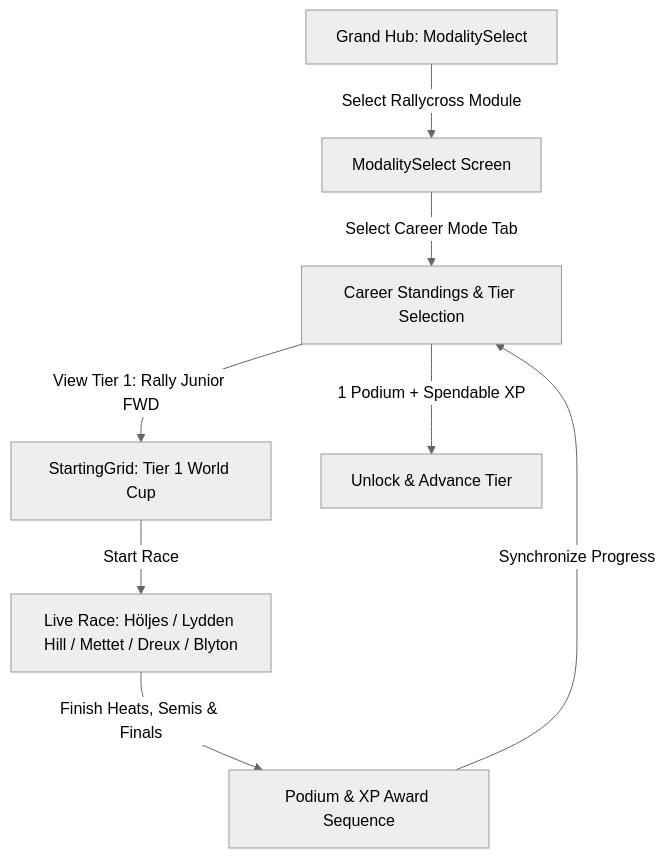
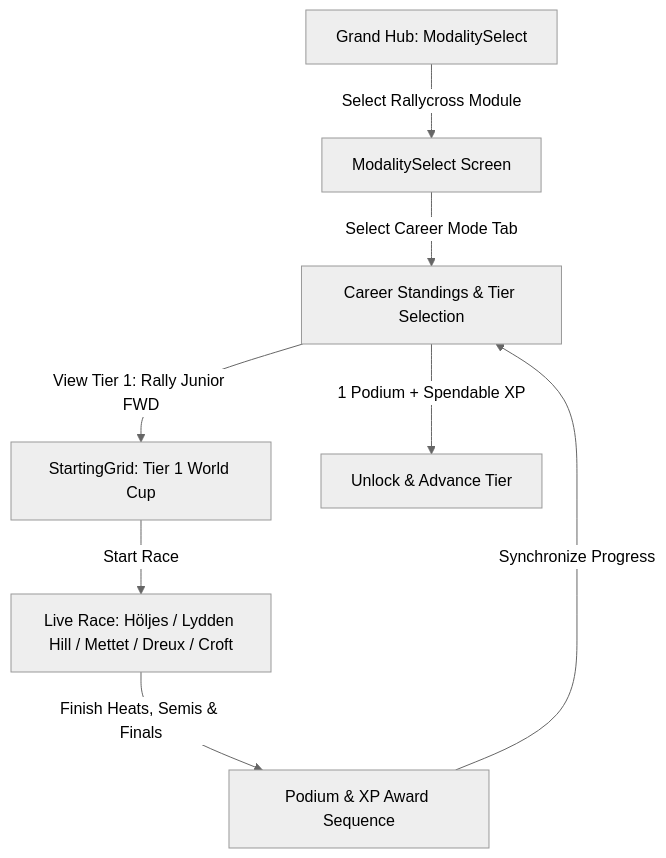
Before and after one commit to magomar/tdrace: the diagram in specs/002_rallycross_and_allterrain_career_mode.md, drawn with Mermaid (neutral theme). The commit also changed other lines of this file and 18 other files, not shown here.

````diff
--- a/specs/002_rallycross_and_allterrain_career_mode.md
+++ b/specs/002_rallycross_and_allterrain_career_mode.md
@@ -22,10 +22,10 @@
 ```mermaid
 flowchart TD
     A[Grand Hub: ModalitySelect] -->|Select Rallycross Module| B[ModalitySelect Screen]
     B -->|Select Career Mode Tab| C[Career Standings & Tier Selection]
     C -->|View Tier 1: Rally Junior FWD| D[StartingGrid: Tier 1 World Cup]
-    D -->|Start Race| E[Live Race: Höljes / Lydden Hill / Mettet / Dreux / Blyton]
+    D -->|Start Race| E[Live Race: Höljes / Lydden Hill / Mettet / Dreux / Croft]
     E -->|Finish Heats, Semis & Finals| F[Podium & XP Award Sequence]
     F -->|Synchronize Progress| C
     C -->|1 Podium + Spendable XP| G[Unlock & Advance Tier]
 ```
````
